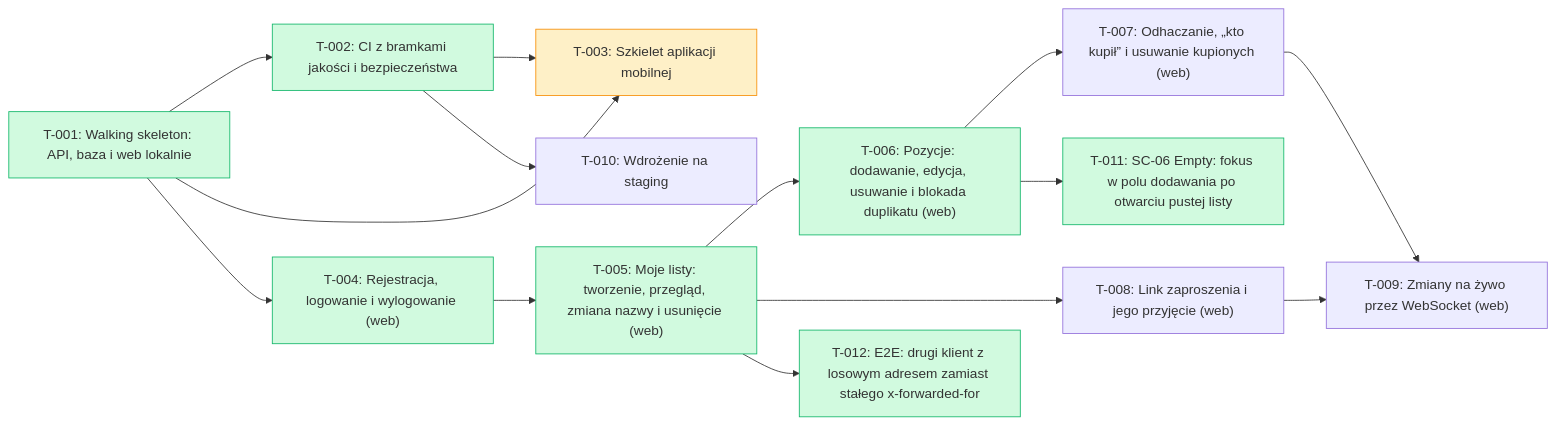
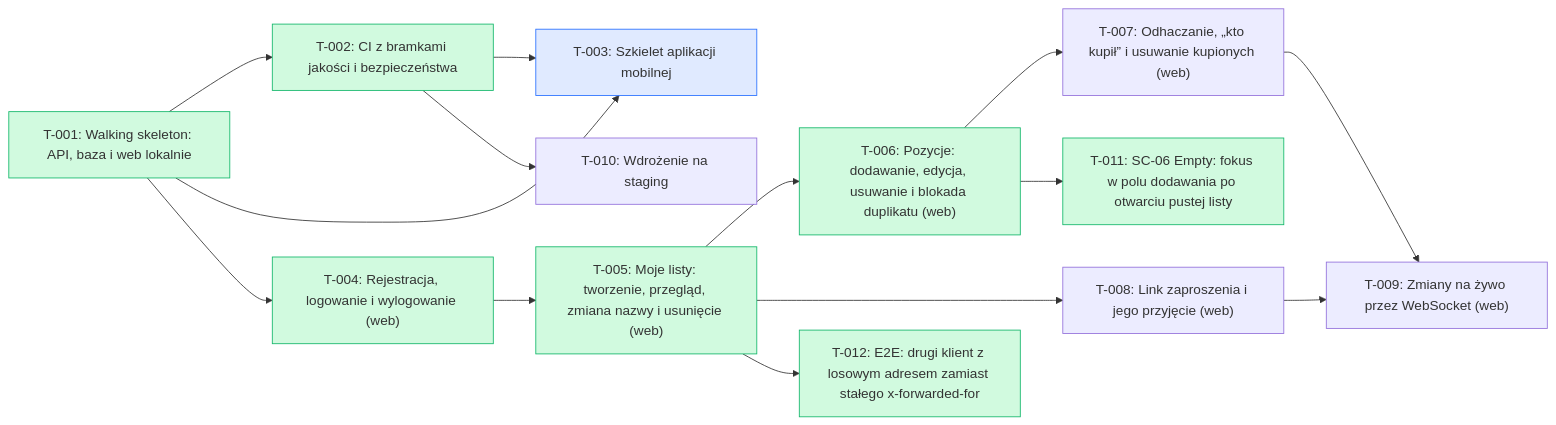
One commit to tombraz/lista-zakupow changed the diagram in docs/backlog/index.md. Above: the diagram before and after it, drawn with Mermaid. The commit also changed other lines of this file and 2 other files, not shown here.

Commit message:
T-003: Szkielet aplikacji mobilnej

````diff
--- a/docs/backlog/index.md
+++ b/docs/backlog/index.md
@@ -19,32 +19,32 @@
 ```mermaid
 flowchart LR
   T_001["T-001: Walking skeleton: API, baza i web lokalnie"]:::done
   T_002["T-002: CI z bramkami jakości i bezpieczeństwa"]:::done
-  T_003["T-003: Szkielet aplikacji mobilnej"]:::wip
+  T_003["T-003: Szkielet aplikacji mobilnej"]:::qa
   T_004["T-004: Rejestracja, logowanie i wylogowanie (web)"]:::done
   T_005["T-005: Moje listy: tworzenie, przegląd, zmiana nazwy i usunięcie (web)"]:::done
   T_006["T-006: Pozycje: dodawanie, edycja, usuwanie i blokada duplikatu (web)"]:::done
   T_007["T-007: Odhaczanie, „kto kupił” i usuwanie kupionych (web)"]
   T_008["T-008: Link zaproszenia i jego przyjęcie (web)"]
   T_009["T-009: Zmiany na żywo przez WebSocket (web)"]
   T_010["T-010: Wdrożenie na staging"]
   T_011["T-011: SC-06 Empty: fokus w polu dodawania po otwarciu pustej listy"]:::done
   T_012["T-012: E2E: drugi klient z losowym adresem zamiast stałego x-forwarded-for"]:::done
   T_001 --> T_002
   T_001 --> T_003
   T_002 --> T_003
   T_001 --> T_004
   T_004 --> T_005
   T_005 --> T_006
   T_006 --> T_007
   T_005 --> T_008
   T_007 --> T_009
   T_008 --> T_009
   T_002 --> T_010
   T_006 --> T_011
   T_005 --> T_012
   classDef done fill:#d1fadf,stroke:#12b76a
   classDef wip fill:#fef0c7,stroke:#f79009
   classDef qa fill:#e0eaff,stroke:#2970ff
   classDef blocked fill:#fee4e2,stroke:#f04438
 ```
````
